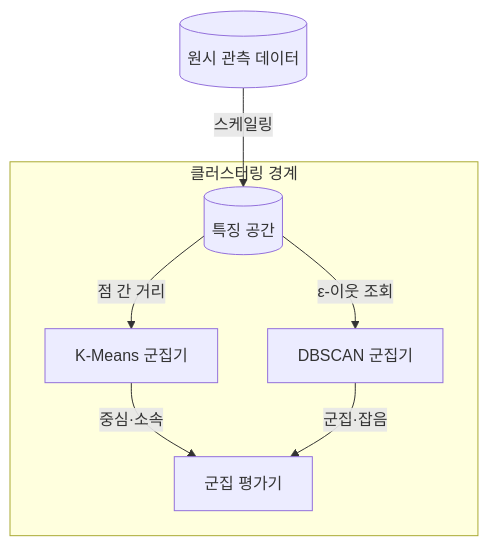
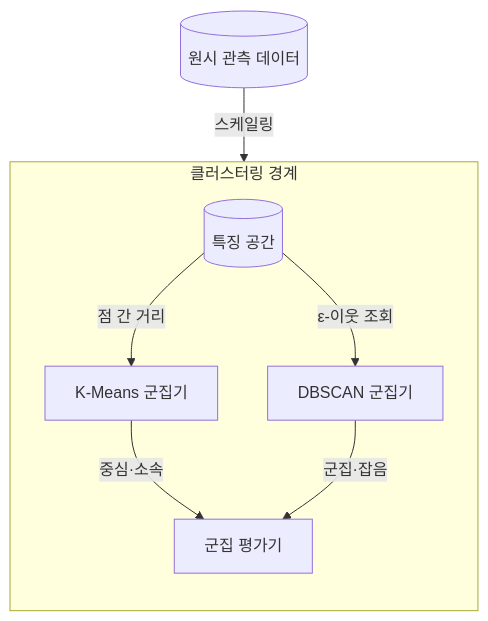
The first of 3 diagrams in src/content/docs/notes/01-basic-theory/035_clustering.md (agnusdei1207/knowledge-base), drawn with Mermaid before and after one commit. The commit also changed other lines of this file and 20 other files, not shown here.

````diff
--- a/src/content/docs/notes/01-basic-theory/035_clustering.md
+++ b/src/content/docs/notes/01-basic-theory/035_clustering.md
@@ -63,15 +65,16 @@
 ```mermaid
 flowchart TB
     R[(원시 관측 데이터)]
     subgraph CL[클러스터링 경계]
+        direction TB
         F[(특징 공간)]
         K[K-Means 군집기]
         D[DBSCAN 군집기]
         E[군집 평가기]
         F -->|점 간 거리| K
         F -->|ε-이웃 조회| D
         K -->|중심·소속| E
         D -->|군집·잡음| E
     end
     R -->|스케일링| F
 ```
````
